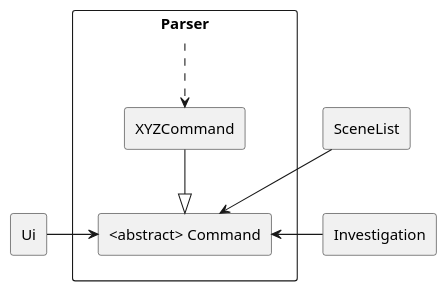
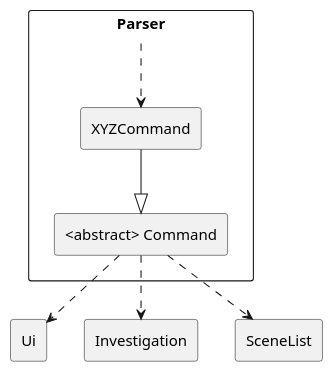
The diagram in docs/ParserClassDiagram.puml (peng-217/tp), drawn with PlantUML before and after one commit. The commit also changed 1 other file, not shown here.

Commit message:
Update parser class diagram

```diff
--- a/docs/ParserClassDiagram.puml
+++ b/docs/ParserClassDiagram.puml
@@ -1,24 +1,24 @@
 @startuml
 skinparam componentStyle rectangle
 
 component Parser {
 [XYZCommand] as xyzCommand
 [<abstract> Command] as command
 }
 
 component Ui {
 }
 
 component Investigation {
 }
 
 component SceneList {
 }
 
 Parser .down.> xyzCommand
 xyzCommand -down-|> command
-Ui -> command
-Investigation -> command
-SceneList --> command
+command ..> Ui
+command ..> Investigation
+command ..> SceneList
 
 @enduml
```
